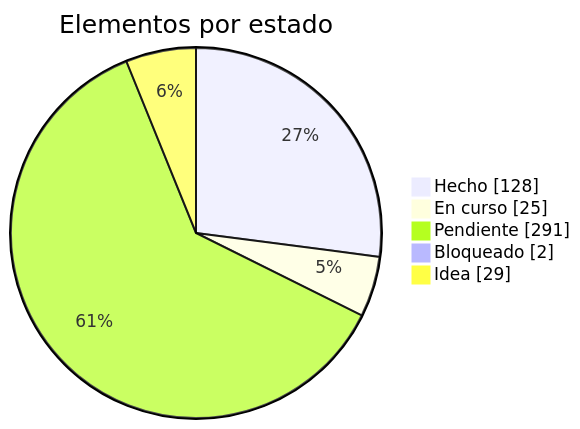
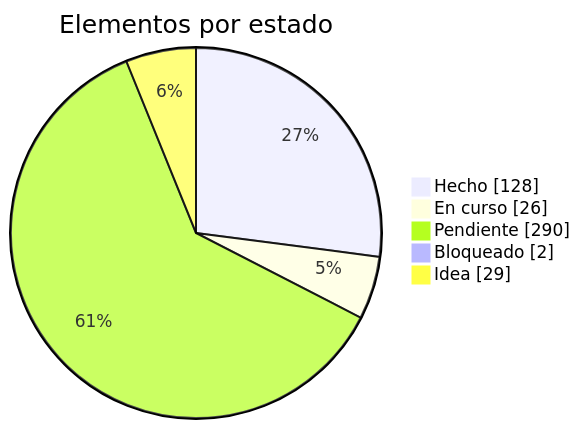
The first of 2 diagrams in docs/roadmap.md (dariogea/BM27), drawn with Mermaid before and after one commit. The commit also changed other lines of this file and 11 other files, not shown here.

````diff
--- a/docs/roadmap.md
+++ b/docs/roadmap.md
@@ -13,8 +13,8 @@
 ```mermaid
 pie showData title Elementos por estado
   "Hecho" : 128
-  "En curso" : 25
-  "Pendiente" : 291
+  "En curso" : 26
+  "Pendiente" : 290
   "Bloqueado" : 2
   "Idea" : 29
 ```
````
